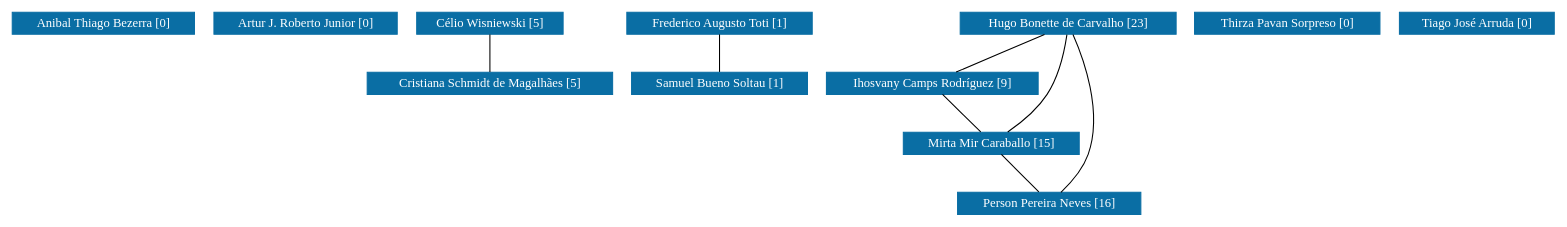
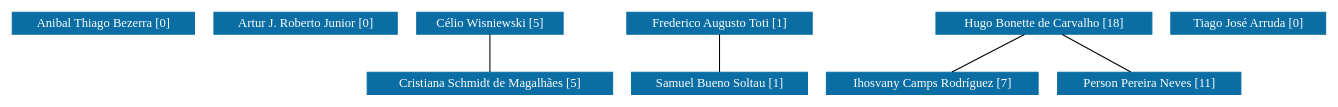
One commit to icamps/unifal-lattes.github.io changed the diagram in df/grafoDeColaboracoesSemPesos.dot. Above: the diagram before and after it, drawn with Graphviz. The commit also changed 601 other files, not shown here.

```diff
--- a/df/grafoDeColaboracoesSemPesos.dot
+++ b/df/grafoDeColaboracoesSemPesos.dot
@@ -1,102 +1,85 @@
 strict graph grafo1 {
-	graph [bb="0,0,1223.5,192",
+	graph [bb="0,0,1040.5,78",
 		id=grafo1,
 		overlap=False
 	];
 	node [fontsize=12,
 		label="\N",
 		shape=rectangle,
 		style=filled
 	];
 	0	 [URL="membro-8478305453281130.html",
 		color="#0A6EA4",
 		fontcolor="#FFFFFF",
 		height=0.29167,
 		label="Anibal Thiago Bezerra [0]",
-		pos="71.5,181.5",
+		pos="71.5,67.5",
 		width=1.9861];
 	1	 [URL="membro-6122155083160820.html",
 		color="#0A6EA4",
 		fontcolor="#FFFFFF",
 		height=0.29167,
 		label="Artur J. Roberto Junior [0]",
-		pos="232.5,181.5",
+		pos="232.5,67.5",
 		width=1.9861];
 	2	 [URL="membro-4055079165002493.html",
 		color="#0A6EA4",
 		fontcolor="#FFFFFF",
 		height=0.29167,
 		label="Célio Wisniewski [5]",
-		pos="380.5,181.5",
+		pos="380.5,67.5",
 		width=1.6111];
 	3	 [URL="membro-1140012060761818.html",
 		color="#0A6EA4",
 		fontcolor="#FFFFFF",
 		height=0.29167,
 		label="Cristiana Schmidt de Magalhães [5]",
-		pos="380.5,124.5",
+		pos="380.5,10.5",
 		width=2.5833];
-	2 -- 3	 [pos="380.5,170.78 380.5,160.59 380.5,145.35 380.5,135.17"];
+	2 -- 3	 [pos="380.5,56.779 380.5,46.588 380.5,31.348 380.5,21.173"];
 	4	 [URL="membro-5154949759339458.html",
 		color="#0A6EA4",
 		fontcolor="#FFFFFF",
 		height=0.29167,
 		label="Frederico Augusto Toti [1]",
-		pos="560.5,181.5",
+		pos="560.5,67.5",
 		width=1.9861];
-	9	 [URL="membro-4318353199461089.html",
+	8	 [URL="membro-4318353199461089.html",
 		color="#0A6EA4",
 		fontcolor="#FFFFFF",
 		height=0.29167,
 		label="Samuel Bueno Soltau [1]",
-		pos="560.5,124.5",
+		pos="560.5,10.5",
 		width=1.9028];
-	4 -- 9	 [pos="560.5,170.78 560.5,160.59 560.5,145.35 560.5,135.17"];
+	4 -- 8	 [pos="560.5,56.779 560.5,46.588 560.5,31.348 560.5,21.173"];
 	5	 [URL="membro-1642083834158700.html",
 		color="#0A6EA4",
 		fontcolor="#FFFFFF",
 		height=0.29167,
-		label="Hugo Bonette de Carvalho [23]",
-		pos="839.5,181.5",
+		label="Hugo Bonette de Carvalho [18]",
+		pos="816.5,67.5",
 		width=2.3194];
 	6	 [URL="membro-3732563704810366.html",
 		color="#0A6EA4",
 		fontcolor="#FFFFFF",
 		height=0.29167,
-		label="Ihosvany Camps Rodríguez [9]",
-		pos="729.5,124.5",
+		label="Ihosvany Camps Rodríguez [7]",
+		pos="729.5,10.5",
 		width=2.2778];
-	5 -- 6	 [pos="819.07,170.91 799.31,160.67 769.54,145.25 749.82,135.03"];
-	7	 [URL="membro-6165304398755510.html",
+	5 -- 6	 [pos="800.14,56.779 784.58,46.588 761.32,31.348 745.79,21.173"];
+	7	 [URL="membro-2380268778692743.html",
 		color="#0A6EA4",
 		fontcolor="#FFFFFF",
 		height=0.29167,
-		label="Mirta Mir Caraballo [15]",
-		pos="781.5,67.5",
-		width=1.875];
-	5 -- 7	 [pos="837.95,170.92 835.62,157.18 830.4,132.73 820.5,114 813.31,100.4 801.64,87.187 792.93,78.345"];
-	8	 [URL="membro-2380268778692743.html",
-		color="#0A6EA4",
-		fontcolor="#FFFFFF",
-		height=0.29167,
-		label="Person Pereira Neves [16]",
-		pos="829.5,10.5",
+		label="Person Pereira Neves [11]",
+		pos="899.5,10.5",
 		width=1.9306];
-	5 -- 8	 [pos="843.89,170.99 852.32,149.31 868.96,98.243 857.5,57 853.77,43.562 844.99,30.12 838.25,21.17"];
-	6 -- 7	 [pos="739.28,113.78 748.58,103.59 762.48,88.348 771.76,78.173"];
-	7 -- 8	 [pos="790.53,56.779 799.11,46.588 811.94,31.348 820.51,21.173"];
-	10	 [URL="membro-3940703666349048.html",
-		color="#0A6EA4",
-		fontcolor="#FFFFFF",
-		height=0.29167,
-		label="Thirza Pavan Sorpreso [0]",
-		pos="1012.5,181.5",
-		width=1.9722];
-	11	 [URL="membro-2604391010090933.html",
+	5 -- 7	 [pos="832.11,56.779 846.95,46.588 869.14,31.348 883.96,21.173"];
+	9	 [URL="membro-2604391010090933.html",
 		color="#0A6EA4",
 		fontcolor="#FFFFFF",
 		height=0.29167,
 		label="Tiago José Arruda [0]",
-		pos="1162.5,181.5",
+		pos="979.5,67.5",
 		width=1.6944];
 }
```
